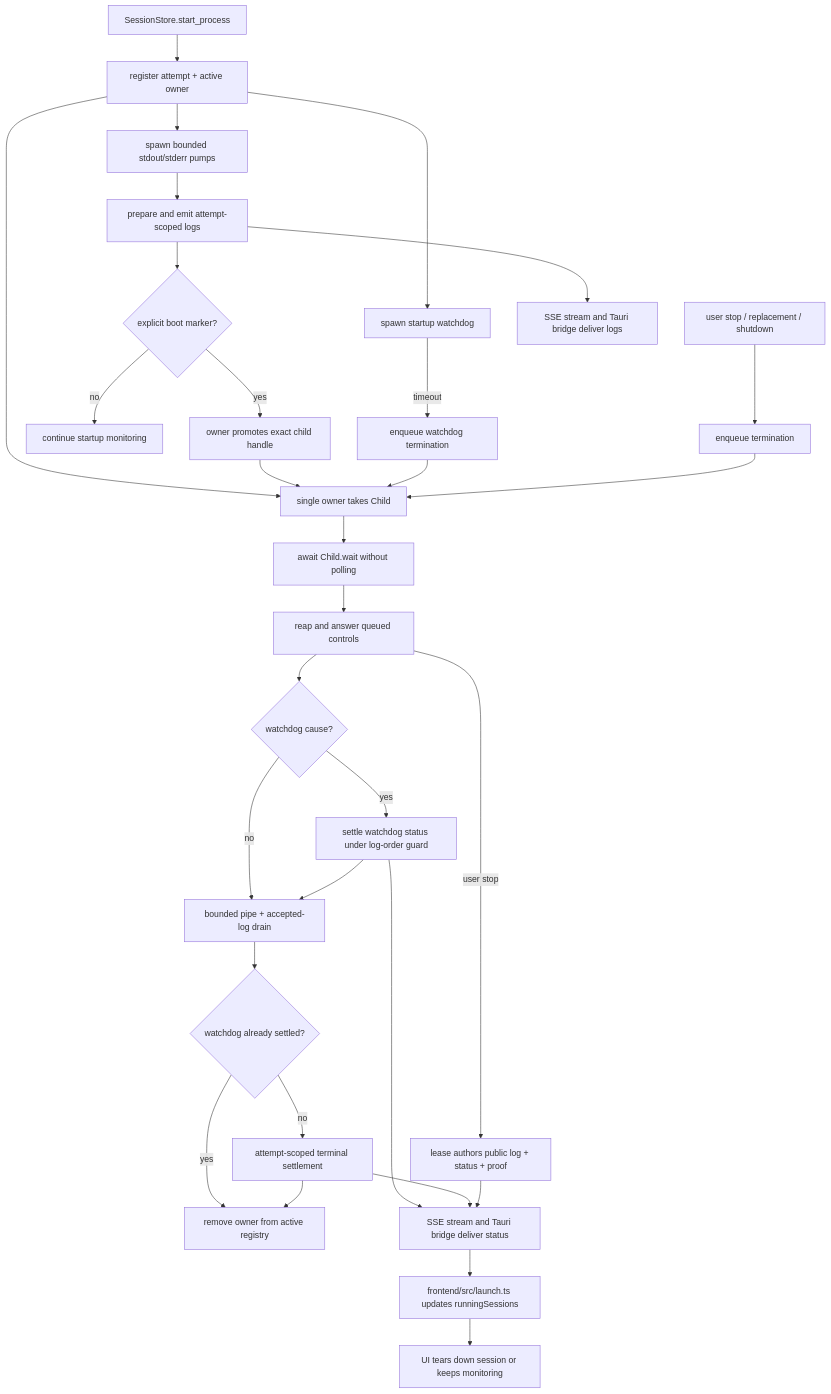
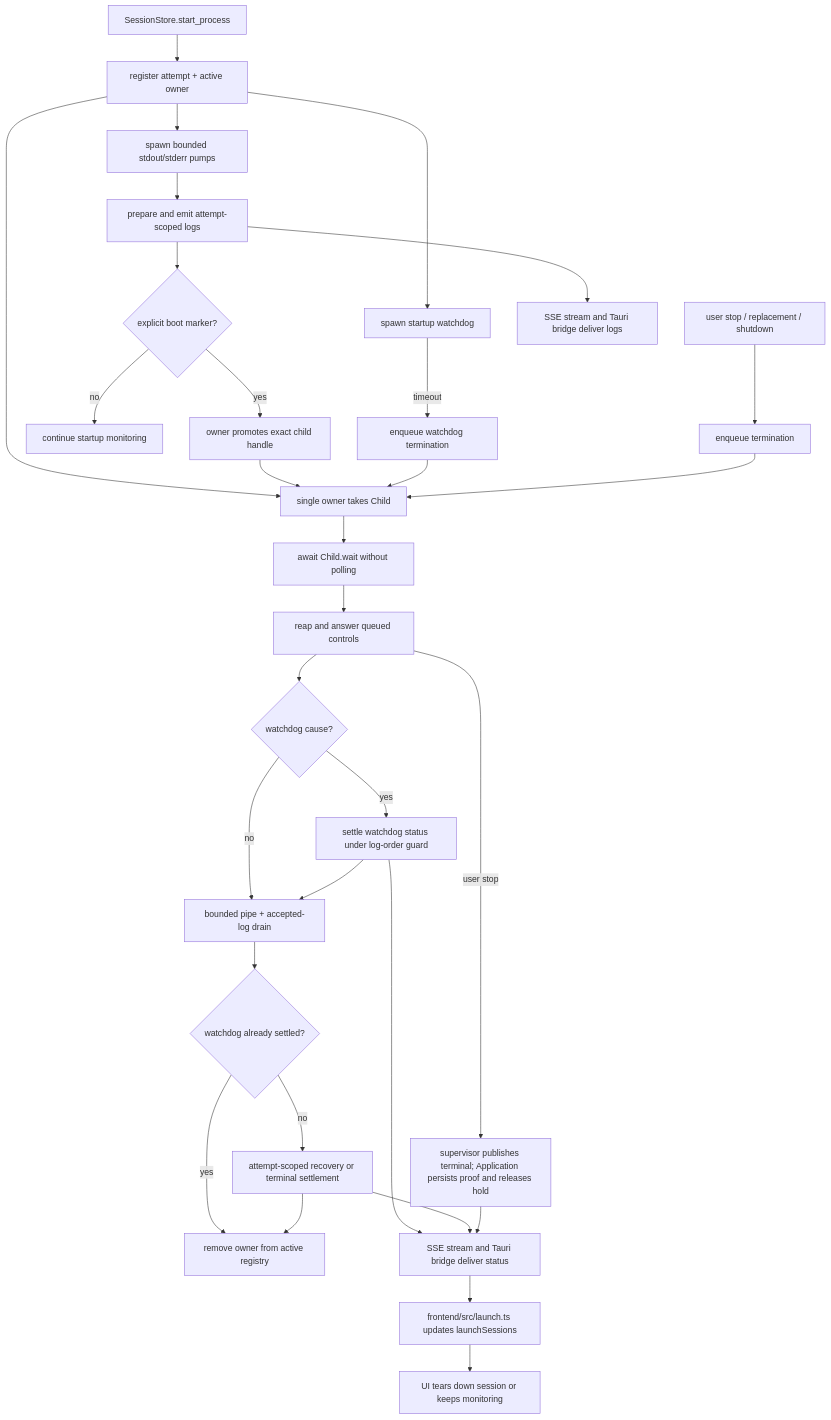
The fourth of 9 diagrams in docs/ARCHITECTURE.md (killedoxygen/axial), drawn with Mermaid before and after one commit. The commit also changed other lines of this file and 55 other files, not shown here.

````diff
--- a/docs/ARCHITECTURE.md
+++ b/docs/ARCHITECTURE.md
@@ -230,33 +232,33 @@
 ```mermaid
 flowchart TD
     A[SessionStore.start_process] --> B[register attempt + active owner]
     B --> C[spawn bounded stdout/stderr pumps]
     B --> D[spawn startup watchdog]
     B --> E[single owner takes Child]
     C --> F[prepare and emit attempt-scoped logs]
     F --> G{explicit boot marker?}
     G -->|yes| H[owner promotes exact child handle]
     G -->|no| I[continue startup monitoring]
     D -->|timeout| J[enqueue watchdog termination]
     K[user stop / replacement / shutdown] --> L[enqueue termination]
     H --> E
     J --> E
     L --> E
     E --> M[await Child.wait without polling]
     M --> N[reap and answer queued controls]
     N --> O{watchdog cause?}
     O -->|yes| P[settle watchdog status under log-order guard]
     O -->|no| Q[bounded pipe + accepted-log drain]
     P --> Q
     Q --> R{watchdog already settled?}
-    R -->|no| S[attempt-scoped terminal settlement]
+    R -->|no| S[attempt-scoped recovery or terminal settlement]
     R -->|yes| T[remove owner from active registry]
     S --> T
-    N -->|user stop| V[lease authors public log + status + proof]
+    N -->|user stop| V[supervisor publishes terminal; Application persists proof and releases hold]
     F --> LOGS[SSE stream and Tauri bridge deliver logs]
     P --> STATUS[SSE stream and Tauri bridge deliver status]
     S --> STATUS
     V --> STATUS
-    STATUS --> UI[frontend/src/launch.ts updates runningSessions]
+    STATUS --> UI[frontend/src/launch.ts updates launchSessions]
     UI --> DONE[UI tears down session or keeps monitoring]
 ```
````
